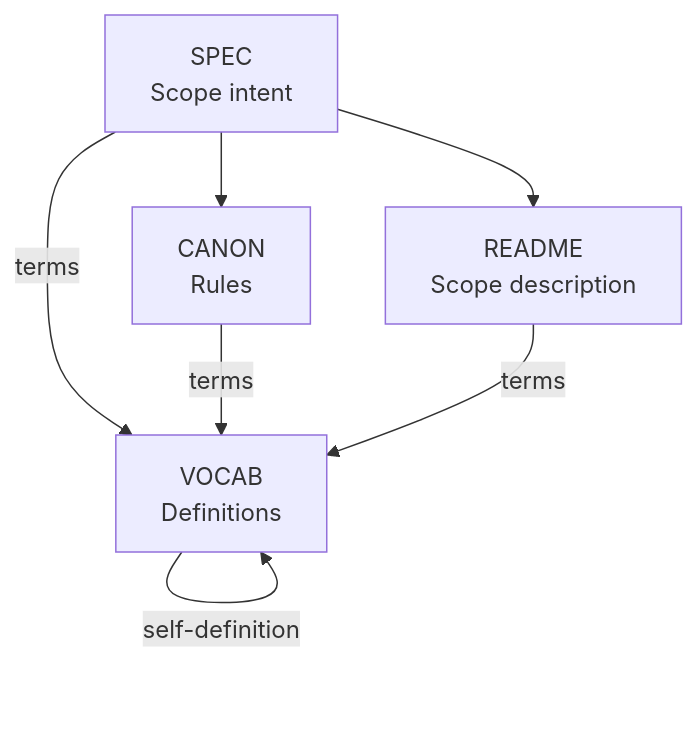
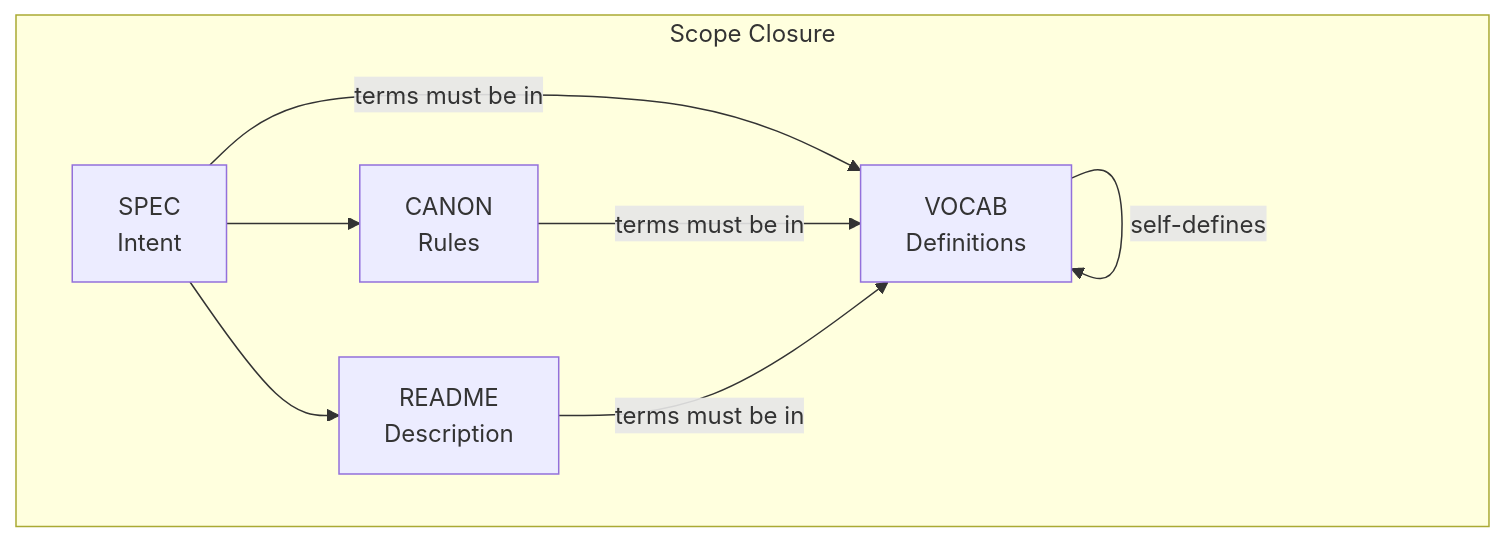
Before and after one commit to canonic-machine/paper: the first of 4 diagrams in manuscript.md, drawn with Mermaid. The commit also changed other lines of this file and 1 other file, not shown here.

````diff
--- a/manuscript.md
+++ b/manuscript.md
@@ -69,11 +57,16 @@
 ```mermaid
 flowchart TB
-    SPEC[SPEC<br/>Scope intent] --> CANON[CANON<br/>Rules]
-    SPEC --> README[README<br/>Scope description]
+    subgraph Closure[Scope Closure]
+        SPEC[SPEC<br/>Intent]
+        CANON[CANON<br/>Rules]
+        VOCAB[VOCAB<br/>Definitions]
+        README[README<br/>Description]
+    end
 
-    SPEC -->|terms| VOCAB[VOCAB<br/>Definitions]
-    CANON -->|terms| VOCAB
-    README -->|terms| VOCAB
-
-    VOCAB -->|self-definition| VOCAB
+    SPEC -->|terms must be in| VOCAB
+    SPEC --> CANON
+    SPEC --> README
+    CANON -->|terms must be in| VOCAB
+    README -->|terms must be in| VOCAB
+    VOCAB -->|self-defines| VOCAB
 ```
````
